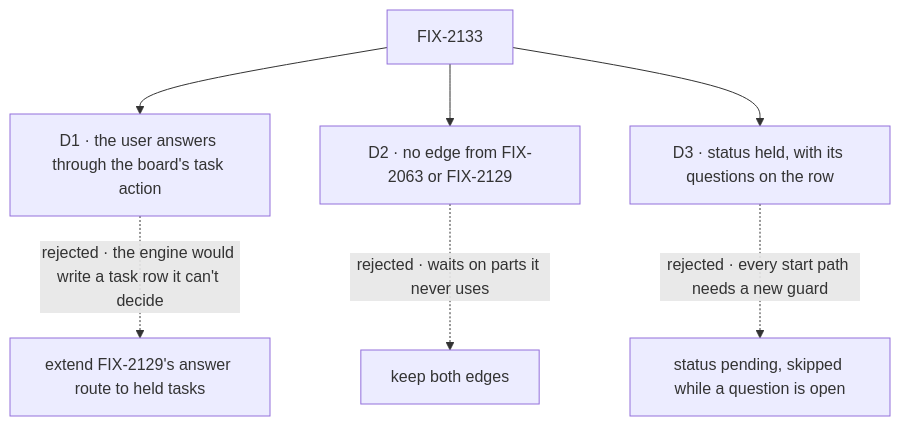
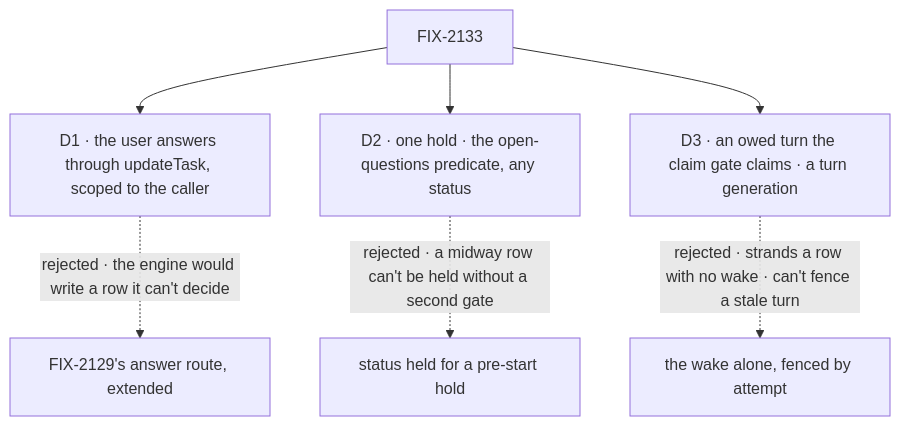
One commit to fixpoint-labs/flow-state-dev changed the diagram in specs/issues/FIX-2133/DECISIONS.md. Above: the diagram before and after it, drawn with Mermaid. The commit also changed other lines of this file and 5 other files, not shown here.

First line of the commit message:
spec(FIX-2133): re-spec to own the one hold, before the start and midway

````diff
--- a/specs/issues/FIX-2133/DECISIONS.md
+++ b/specs/issues/FIX-2133/DECISIONS.md
@@ -10,9 +11,9 @@
 ```mermaid
 flowchart TD
-  I["FIX-2133"] --> D1["D1 · the user answers through the board's task action"]
-  D1 -.->|"rejected · the engine would write a task row it can't decide"| X1["extend FIX-2129's answer route to held tasks"]
-  I --> D2["D2 · no edge from FIX-2063 or FIX-2129"]
-  D2 -.->|"rejected · waits on parts it never uses"| X2["keep both edges"]
-  I --> D3["D3 · status held, with its questions on the row"]
-  D3 -.->|"rejected · every start path needs a new guard"| X3["status pending, skipped while a question is open"]
+  I["FIX-2133"] --> D1["D1 · the user answers through updateTask, scoped to the caller"]
+  D1 -.->|"rejected · the engine would write a row it can't decide"| X3["FIX-2129's answer route, extended"]
+  I --> D2["D2 · one hold · the open-questions predicate, any status"]
+  D2 -.->|"rejected · a midway row can't be held without a second gate"| X1["status held for a pre-start hold"]
+  I --> D3["D3 · an owed turn the claim gate claims · a turn generation"]
+  D3 -.->|"rejected · strands a row with no wake · can't fence a stale turn"| X2["the wake alone, fenced by attempt"]
 ```
````
